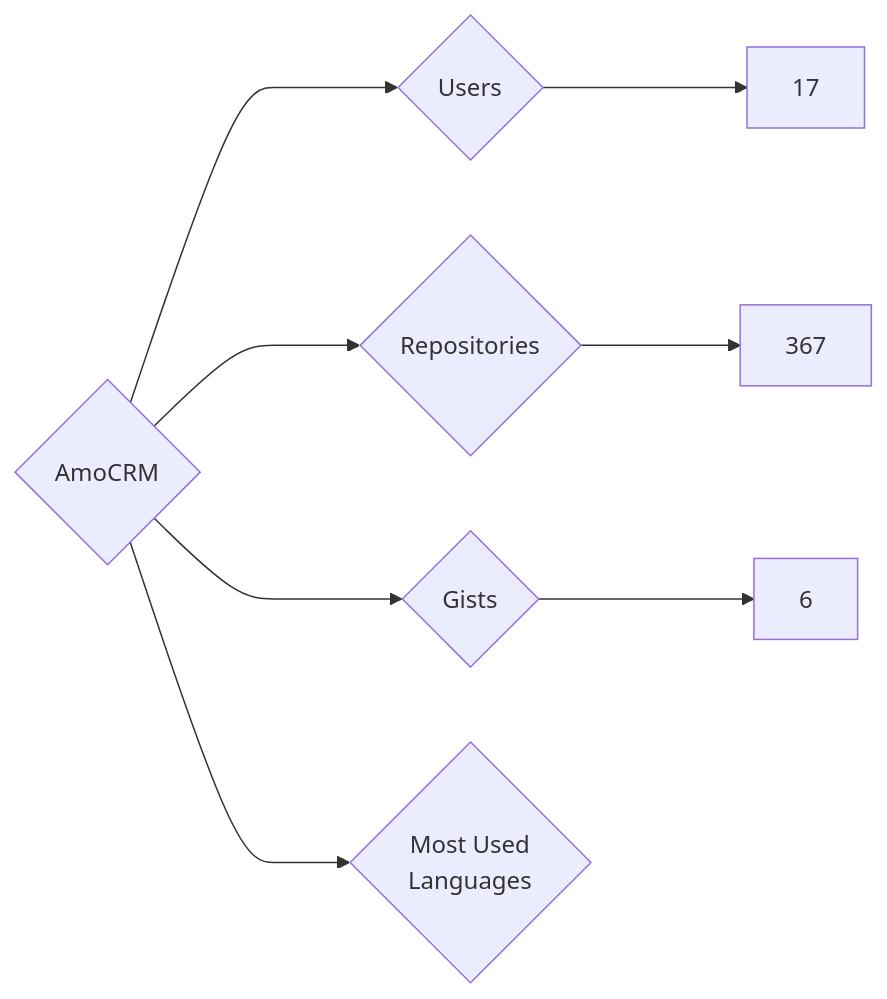
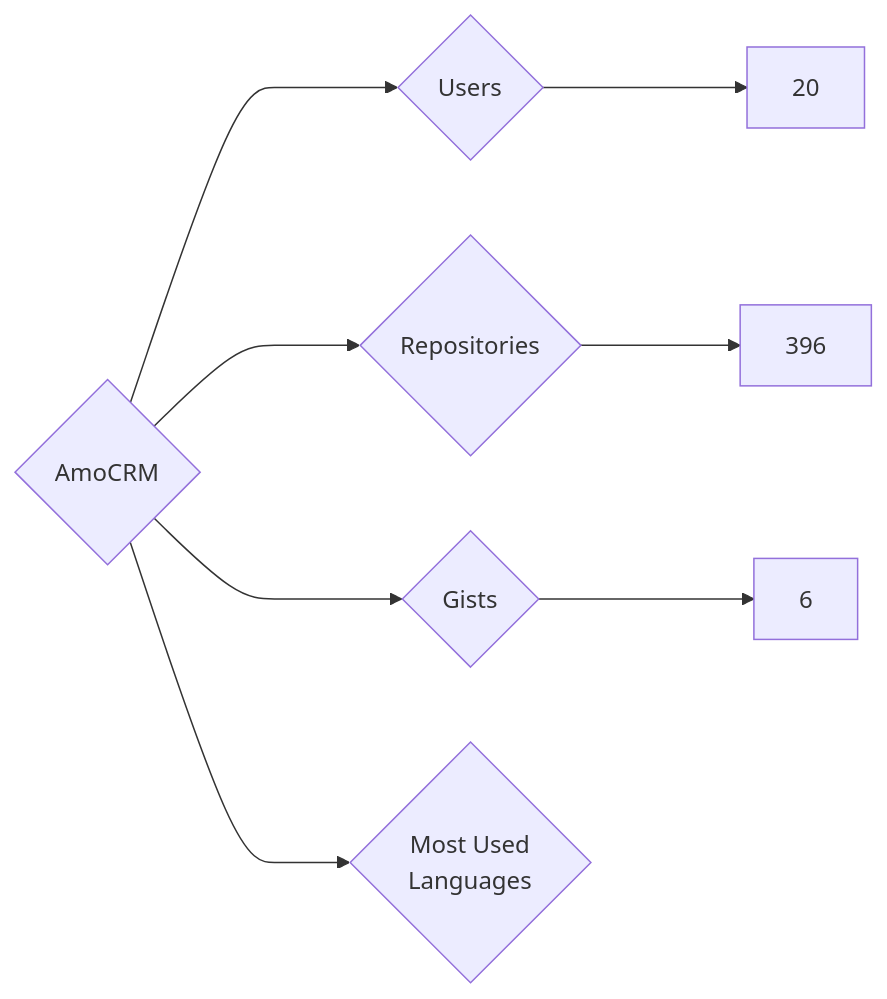
Before and after one commit to nenadzaric/insiders: the diagram in targets/AmoCRM/README.md, drawn with Mermaid. The commit also changed 53 other files, not shown here.

````diff
--- a/targets/AmoCRM/README.md
+++ b/targets/AmoCRM/README.md
@@ -3,8 +3,8 @@
 ```mermaid
 graph LR
 COMPANY_NAME{AmoCRM}
-COMPANY_NAME ---> U{Users} ---> UN[17]
-COMPANY_NAME ---> R{Repositories} ---> RN[367]
+COMPANY_NAME ---> U{Users} ---> UN[20]
+COMPANY_NAME ---> R{Repositories} ---> RN[396]
 COMPANY_NAME ---> G{Gists} ---> GN[6]
 COMPANY_NAME ---> ML{Most Used<br>Languages}
 ```
````
